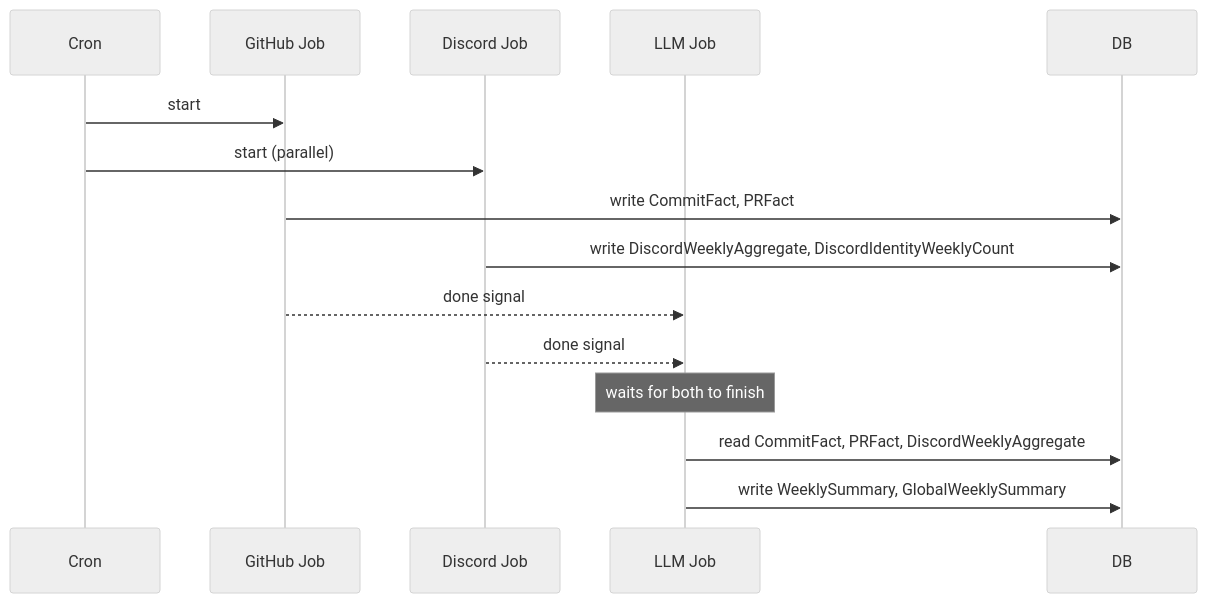
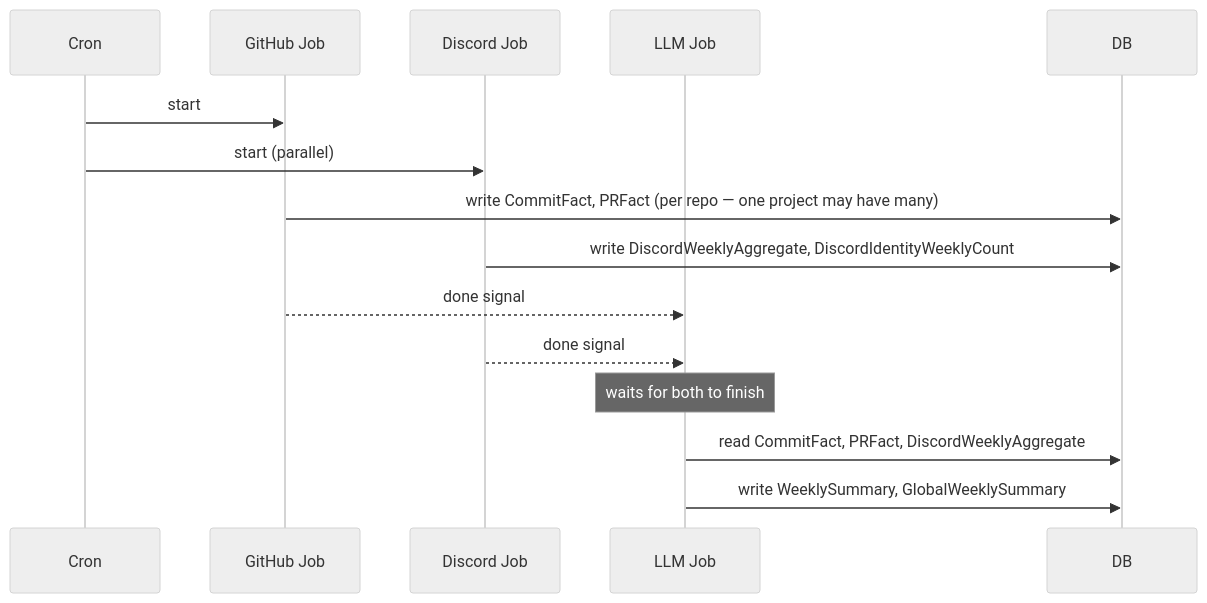
The second of 4 diagrams in docs/architecture.md (UoaWDCC/projects-health-dashboard), drawn with Mermaid (neutral theme) before and after one commit. The commit also changed other lines of this file, not shown here.

Commit message:
docs: update architecture for multi-repo support and fix cron timing description

````diff
--- a/docs/architecture.md
+++ b/docs/architecture.md
@@ -73,21 +73,21 @@
 ```mermaid
 sequenceDiagram
     participant Cron
     participant GitHub Job
     participant Discord Job
     participant LLM Job
     participant DB
 
     Cron->>GitHub Job: start
     Cron->>Discord Job: start (parallel)
 
-    GitHub Job->>DB: write CommitFact, PRFact
+    GitHub Job->>DB: write CommitFact, PRFact (per repo — one project may have many)
     Discord Job->>DB: write DiscordWeeklyAggregate, DiscordIdentityWeeklyCount
 
     GitHub Job-->>LLM Job: done signal
     Discord Job-->>LLM Job: done signal
 
     Note over LLM Job: waits for both to finish
     LLM Job->>DB: read CommitFact, PRFact, DiscordWeeklyAggregate
     LLM Job->>DB: write WeeklySummary, GlobalWeeklySummary
 ```
````
